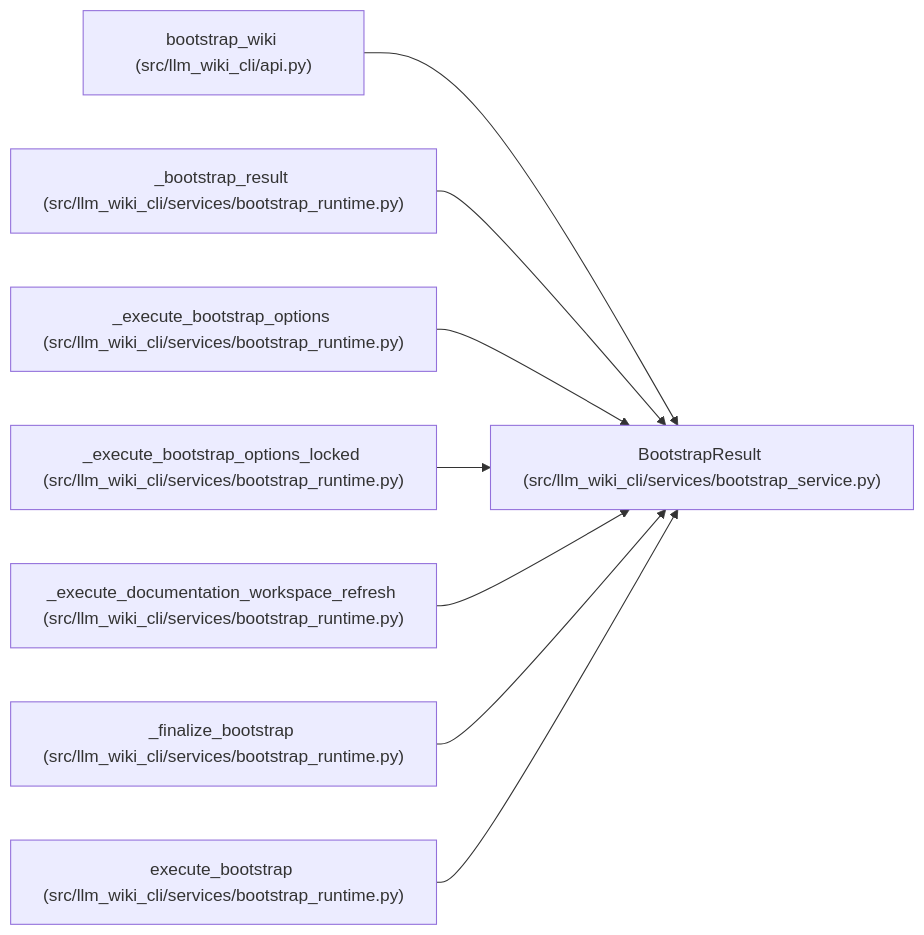
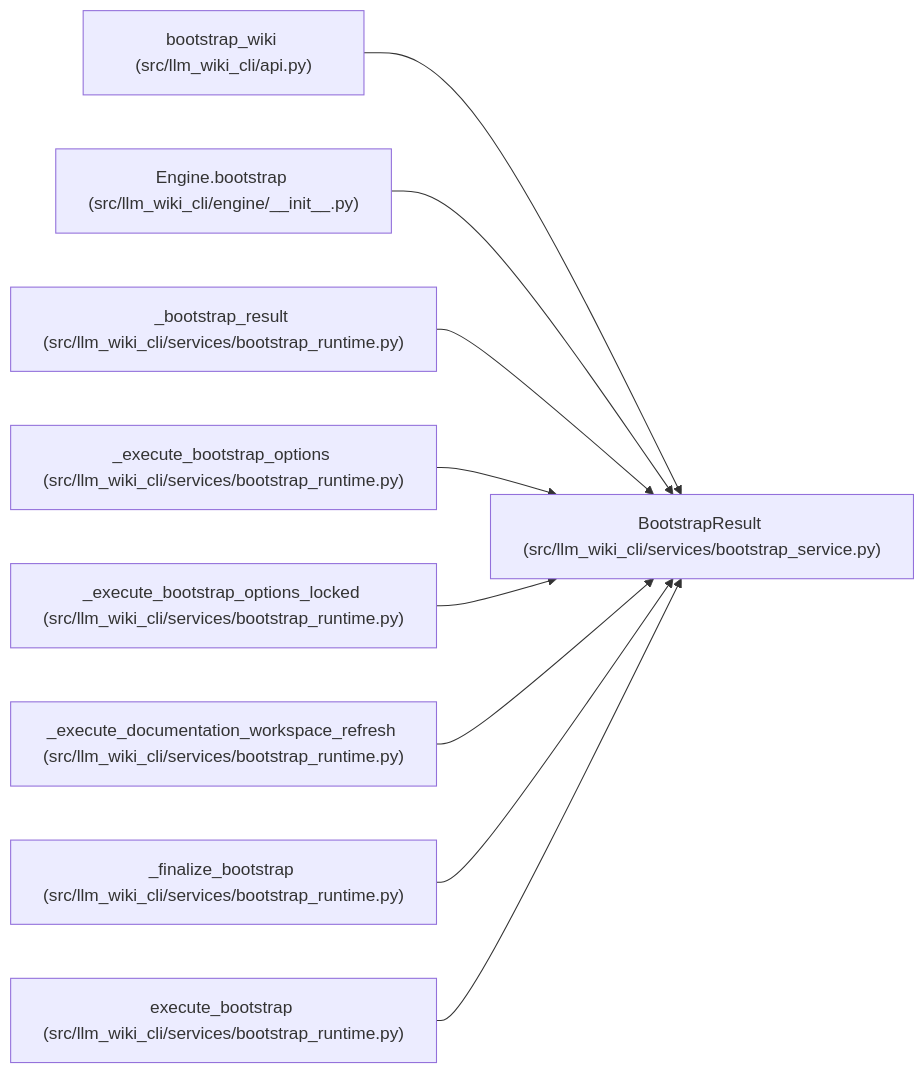
The diagram in docs/llm_wiki/entities/BootstrapResult.md (Denissvgn/python-wiki-llm), drawn with Mermaid before and after one commit. The commit also changed other lines of this file and 1555 other files, not shown here.

First line of the commit message:
docs: refresh the wiki for the engine layer

````diff
--- a/docs/llm_wiki/entities/BootstrapResult.md
+++ b/docs/llm_wiki/entities/BootstrapResult.md
@@ -34,26 +34,29 @@
 ```mermaid
 flowchart LR
     n0["BootstrapResult (src/llm_wiki_cli/services/bootstrap_service.py)"]
     n1["bootstrap_wiki (src/llm_wiki_cli/api.py)"]
-    n2["_bootstrap_result (src/llm_wiki_cli/services/bootstrap_runtime.py)"]
-    n3["_execute_bootstrap_options (src/llm_wiki_cli/services/bootstrap_runtime.py)"]
-    n4["_execute_bootstrap_options_locked (src/llm_wiki_cli/services/bootstrap_runtime.py)"]
-    n5["_execute_documentation_workspace_refresh (src/llm_wiki_cli/services/bootstrap_runtime.py)"]
-    n6["_finalize_bootstrap (src/llm_wiki_cli/services/bootstrap_runtime.py)"]
-    n7["execute_bootstrap (src/llm_wiki_cli/services/bootstrap_runtime.py)"]
+    n2["Engine.bootstrap (src/llm_wiki_cli/engine/__init__.py)"]
+    n3["_bootstrap_result (src/llm_wiki_cli/services/bootstrap_runtime.py)"]
+    n4["_execute_bootstrap_options (src/llm_wiki_cli/services/bootstrap_runtime.py)"]
+    n5["_execute_bootstrap_options_locked (src/llm_wiki_cli/services/bootstrap_runtime.py)"]
+    n6["_execute_documentation_workspace_refresh (src/llm_wiki_cli/services/bootstrap_runtime.py)"]
+    n7["_finalize_bootstrap (src/llm_wiki_cli/services/bootstrap_runtime.py)"]
+    n8["execute_bootstrap (src/llm_wiki_cli/services/bootstrap_runtime.py)"]
     n1 --> n0
     n2 --> n0
     n3 --> n0
     n4 --> n0
     n5 --> n0
     n6 --> n0
     n7 --> n0
+    n8 --> n0
     click n0 "../modules/bootstrap_service.md"
     click n1 "../modules/api.md"
-    click n2 "../modules/bootstrap_runtime.md"
+    click n2 "../modules/engine___init__.md"
     click n3 "../modules/bootstrap_runtime.md"
     click n4 "../modules/bootstrap_runtime.md"
     click n5 "../modules/bootstrap_runtime.md"
     click n6 "../modules/bootstrap_runtime.md"
     click n7 "../modules/bootstrap_runtime.md"
+    click n8 "../modules/bootstrap_runtime.md"
 ```
````
